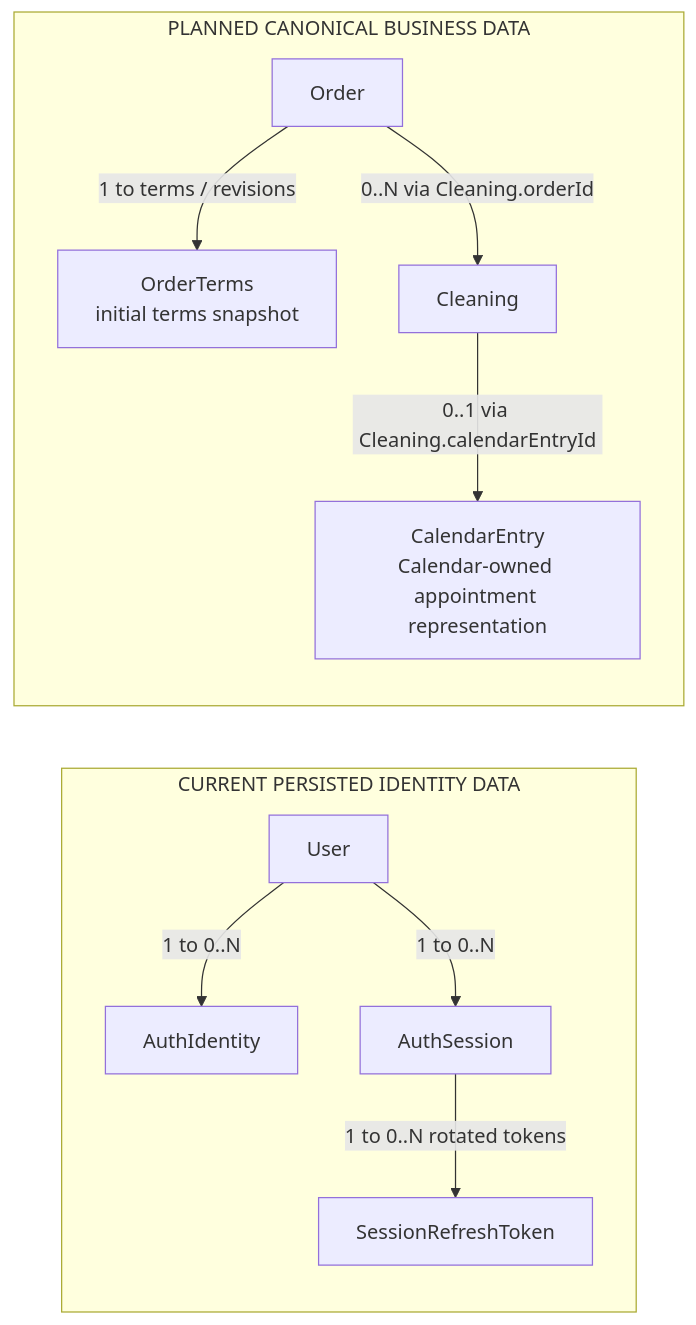
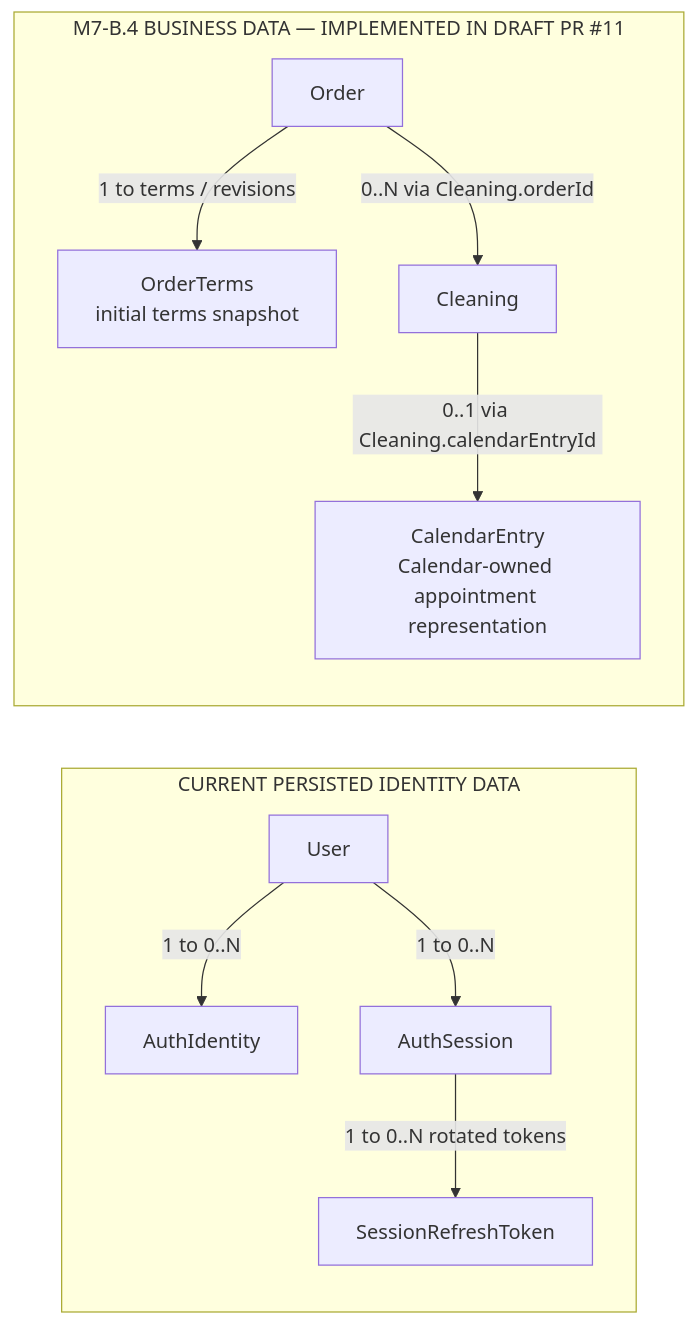
One commit to qleanfeel-bot/qleanfeel-rn changed the fifth of 7 diagrams in docs/ARCHITECTURE_MAP.md. Above: the diagram before and after it, drawn with Mermaid. The commit also changed other lines of this file and 31 other files, not shown here.

````diff
--- a/docs/ARCHITECTURE_MAP.md
+++ b/docs/ARCHITECTURE_MAP.md
@@ -173,22 +183,22 @@
 ```mermaid
 flowchart LR
   subgraph Current["CURRENT PERSISTED IDENTITY DATA"]
     User["User"]
     AuthIdentity["AuthIdentity"]
     AuthSession["AuthSession"]
     Refresh["SessionRefreshToken"]
     User -->|"1 to 0..N"| AuthIdentity
     User -->|"1 to 0..N"| AuthSession
     AuthSession -->|"1 to 0..N rotated tokens"| Refresh
   end
 
-  subgraph Planned["PLANNED CANONICAL BUSINESS DATA"]
+  subgraph Business["M7-B.4 BUSINESS DATA — IMPLEMENTED IN DRAFT PR #11"]
     Order["Order"]
     Terms["OrderTerms<br/>initial terms snapshot"]
     Cleaning["Cleaning"]
     Entry["CalendarEntry<br/>Calendar-owned appointment representation"]
     Order -->|"1 to terms / revisions"| Terms
     Order -->|"0..N via Cleaning.orderId"| Cleaning
     Cleaning -->|"0..1 via Cleaning.calendarEntryId"| Entry
   end
 ```
````
